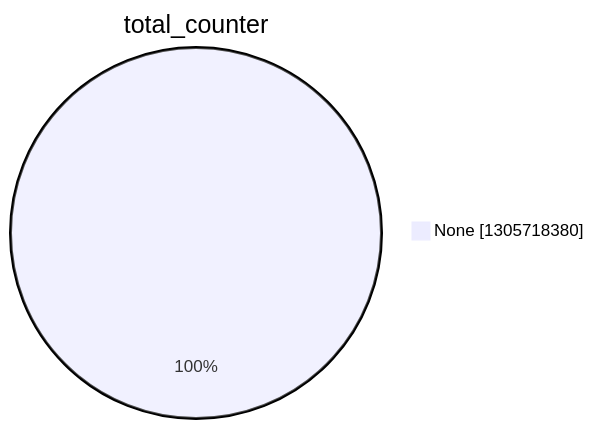
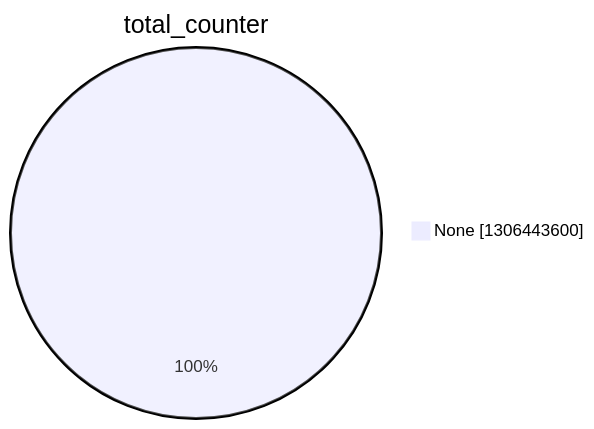
One commit to christiankrug/ctmonitor_visualization changed the second of 15 diagrams in argon2022/README.md. Above: the diagram before and after it, drawn with Mermaid. The commit also changed other lines of this file, not shown here.

````diff
--- a/argon2022/README.md
+++ b/argon2022/README.md
@@ -9,5 +9,5 @@
 ```mermaid
 pie showData
 title total_counter
-"None" :1305718380
+"None" :1306443600
 ```
````
